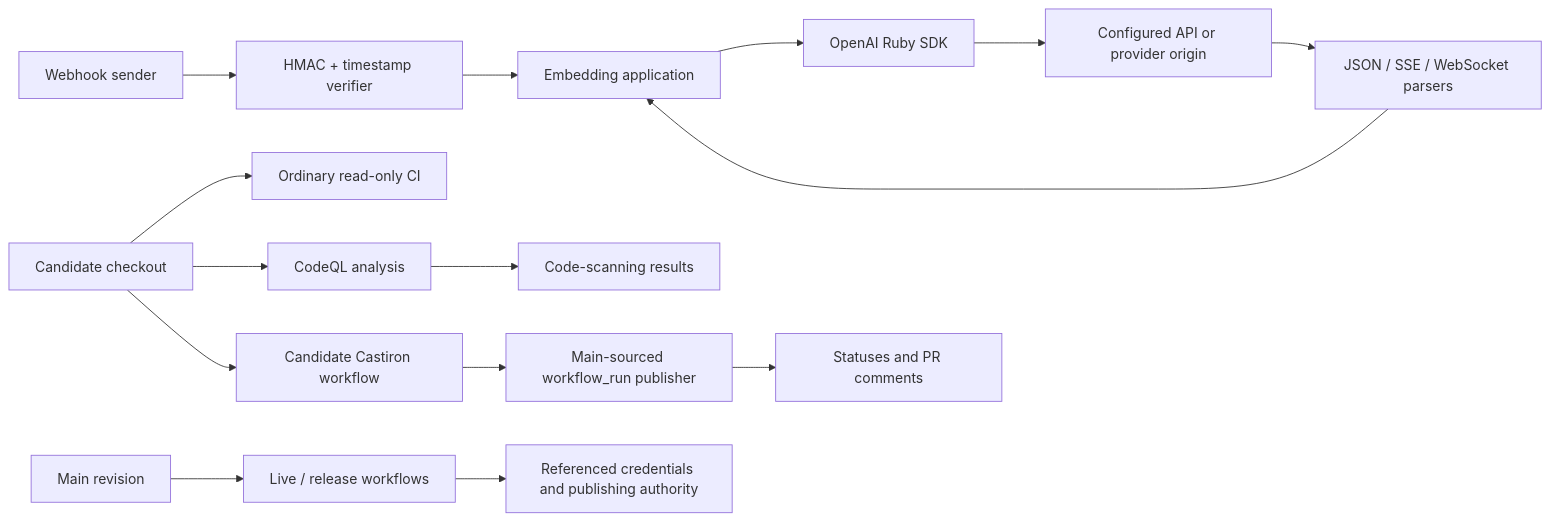
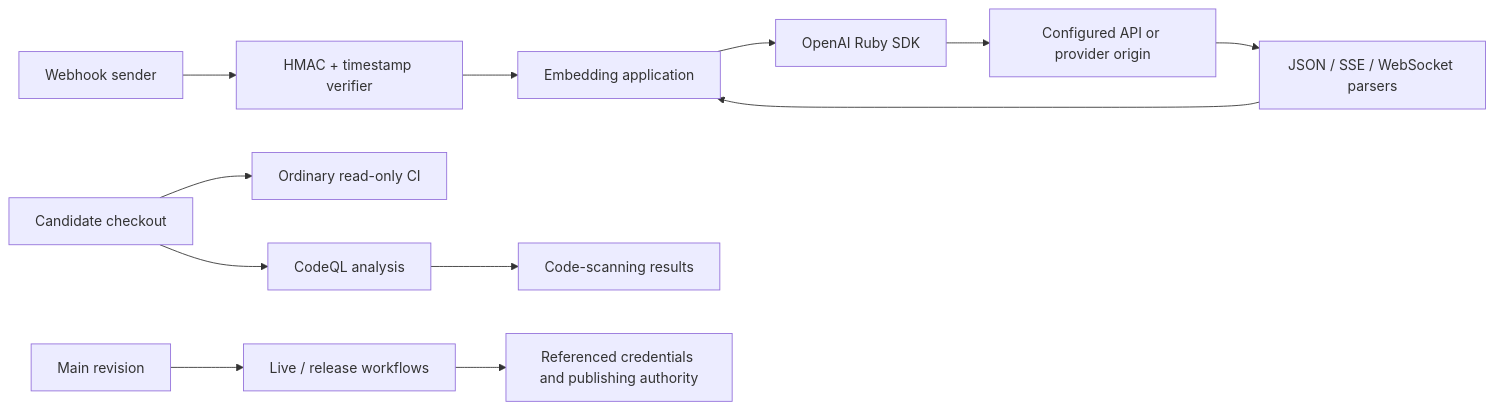
The diagram in docs/architecture/security-model.md (openai/openai-ruby), drawn with Mermaid before and after one commit. The commit also changed other lines of this file and 48 other files, not shown here.

````diff
--- a/docs/architecture/security-model.md
+++ b/docs/architecture/security-model.md
@@ -28,17 +37,14 @@
 ```mermaid
 flowchart LR
   Caller[Embedding application] --> SDK[OpenAI Ruby SDK]
   SDK --> API[Configured API or provider origin]
   API --> Parser[JSON / SSE / WebSocket parsers]
   Parser --> Caller
   Webhook[Webhook sender] --> Verify[HMAC + timestamp verifier]
   Verify --> Caller
   PR[Candidate checkout] --> CI[Ordinary read-only CI]
   PR --> CodeQL[CodeQL analysis]
   CodeQL --> SecurityEvents[Code-scanning results]
-  PR --> Castiron[Candidate Castiron workflow]
-  Castiron --> Trusted[Main-sourced workflow_run publisher]
-  Trusted --> GitHub[Statuses and PR comments]
   Main[Main revision] --> Live[Live / release workflows]
   Live --> Secrets[Referenced credentials and publishing authority]
 ```
````
